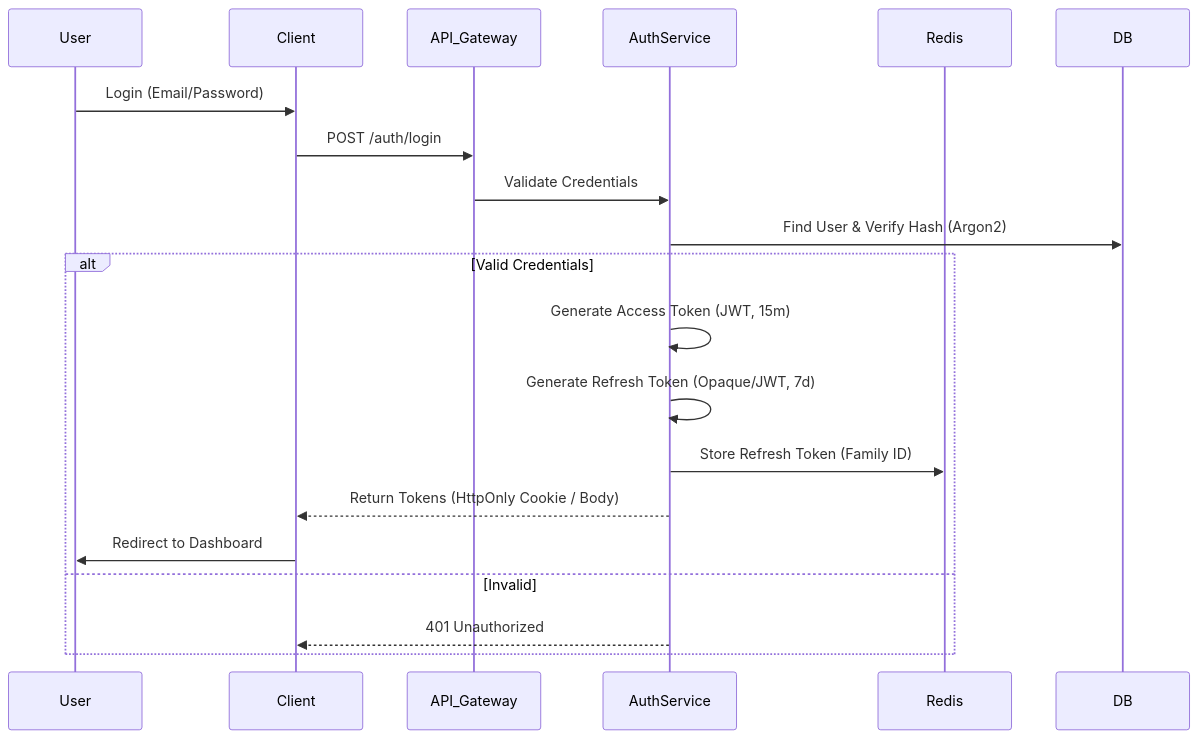
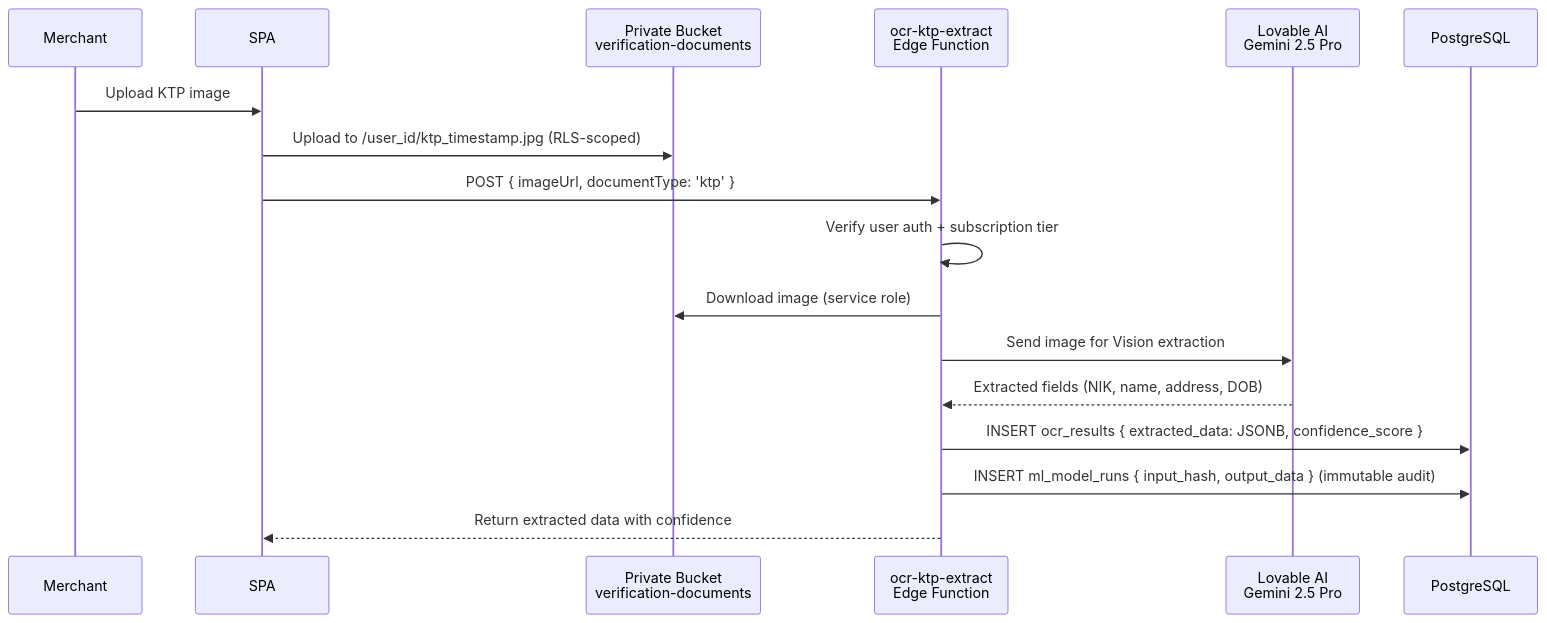
The fifth of 6 diagrams in docs/security-architecture.md (itsramaa/Sistem-Hunian), drawn with Mermaid before and after one commit. The commit also changed other lines of this file, not shown here.

````diff
--- a/docs/security-architecture.md
+++ b/docs/security-architecture.md
@@ -46,24 +728,20 @@
 ```mermaid
 sequenceDiagram
-    participant User
-    participant Client
-    participant API_Gateway
-    participant AuthService
-    participant Redis
-    participant DB
+    participant Merchant
+    participant SPA
+    participant Storage as Private Bucket<br/>verification-documents
+    participant DSS as ocr-ktp-extract<br/>Edge Function
+    participant AI as Lovable AI<br/>Gemini 2.5 Pro
+    participant DB as PostgreSQL
 
-    User->>Client: Login (Email/Password)
-    Client->>API_Gateway: POST /auth/login
-    API_Gateway->>AuthService: Validate Credentials
-    AuthService->>DB: Find User & Verify Hash (Argon2)
-    
-    alt Valid Credentials
-        AuthService->>AuthService: Generate Access Token (JWT, 15m)
-        AuthService->>AuthService: Generate Refresh Token (Opaque/JWT, 7d)
-        AuthService->>Redis: Store Refresh Token (Family ID)
-        AuthService-->>Client: Return Tokens (HttpOnly Cookie / Body)
-        Client->>User: Redirect to Dashboard
-    else Invalid
-        AuthService-->>Client: 401 Unauthorized
-    end
+    Merchant->>SPA: Upload KTP image
+    SPA->>Storage: Upload to /user_id/ktp_timestamp.jpg (RLS-scoped)
+    SPA->>DSS: POST { imageUrl, documentType: 'ktp' }
+    DSS->>DSS: Verify user auth + subscription tier
+    DSS->>Storage: Download image (service role)
+    DSS->>AI: Send image for Vision extraction
+    AI-->>DSS: Extracted fields (NIK, name, address, DOB)
+    DSS->>DB: INSERT ocr_results { extracted_data: JSONB, confidence_score }
+    DSS->>DB: INSERT ml_model_runs { input_hash, output_data } (immutable audit)
+    DSS-->>SPA: Return extracted data with confidence
 ```
````
